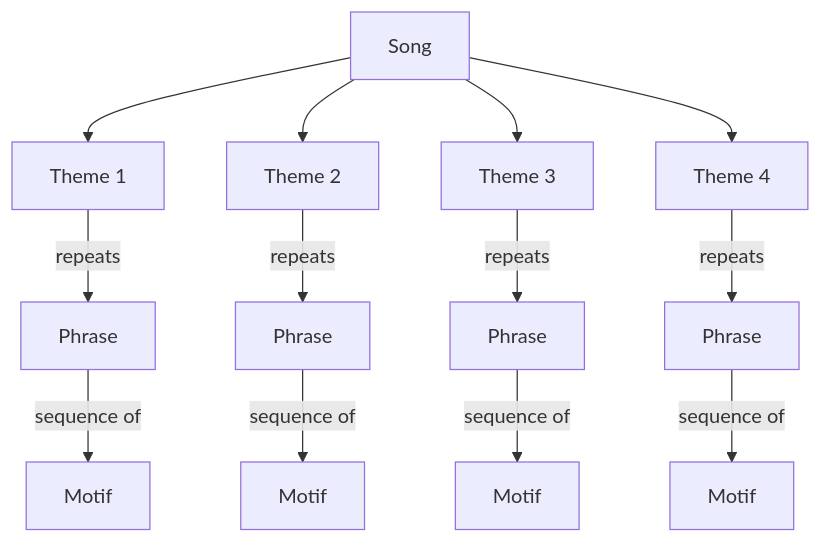
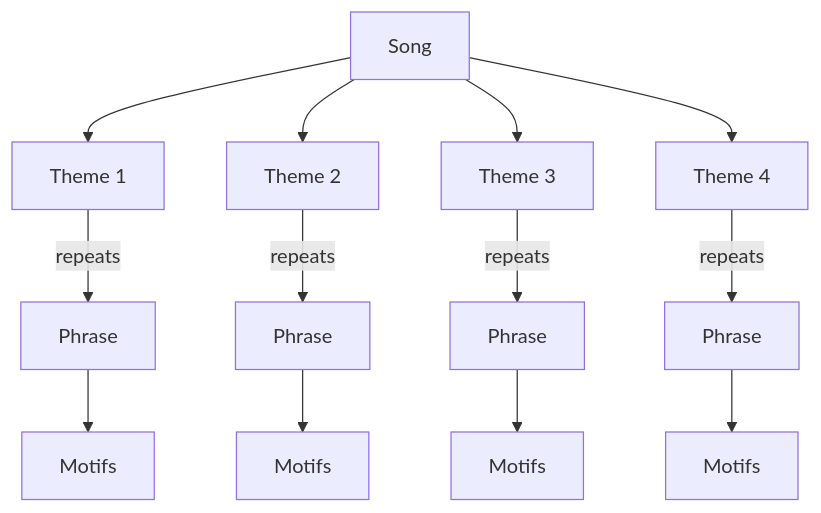
One commit to dotng14/panMP_whales changed the diagram in agent_plan.md. Above: the diagram before and after it, drawn with Mermaid. The commit also changed other lines of this file and 296 other files, not shown here.

````diff
--- a/agent_plan.md
+++ b/agent_plan.md
@@ -130,28 +21,15 @@
 ```mermaid
 flowchart TD
-  song["Song"]
-  t1["Theme 1"]
-  t2["Theme 2"]
-  t3["Theme 3"]
-  t4["Theme 4"]
-  p1["Phrase"]
-  p2["Phrase"]
-  p3["Phrase"]
-  p4["Phrase"]
-  m1["Motif"]
-  m2["Motif"]
-  m3["Motif"]
-  m4["Motif"]
-  song --> t1
-  song --> t2
-  song --> t3
-  song --> t4
-  t1 -->|"repeats"| p1
-  t2 -->|"repeats"| p2
-  t3 -->|"repeats"| p3
-  t4 -->|"repeats"| p4
-  p1 -->|"sequence of"| m1
-  p2 -->|"sequence of"| m2
-  p3 -->|"sequence of"| m3
-  p4 -->|"sequence of"| m4
+  song["Song"] --> t1["Theme 1"]
+  song --> t2["Theme 2"]
+  song --> t3["Theme 3"]
+  song --> t4["Theme 4"]
+  t1 -->|"repeats"| p1["Phrase"]
+  t2 -->|"repeats"| p2["Phrase"]
+  t3 -->|"repeats"| p3["Phrase"]
+  t4 -->|"repeats"| p4["Phrase"]
+  p1 --> m1["Motifs"]
+  p2 --> m2["Motifs"]
+  p3 --> m3["Motifs"]
+  p4 --> m4["Motifs"]
 ```
````
